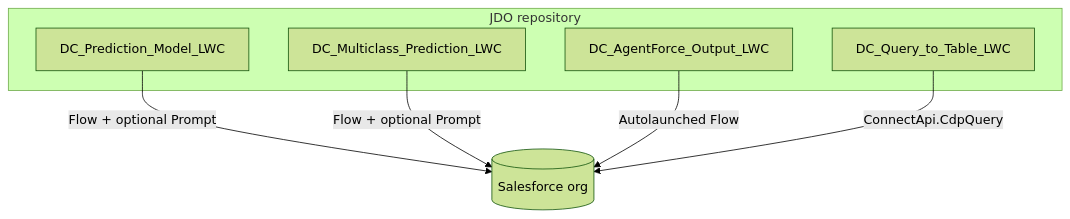
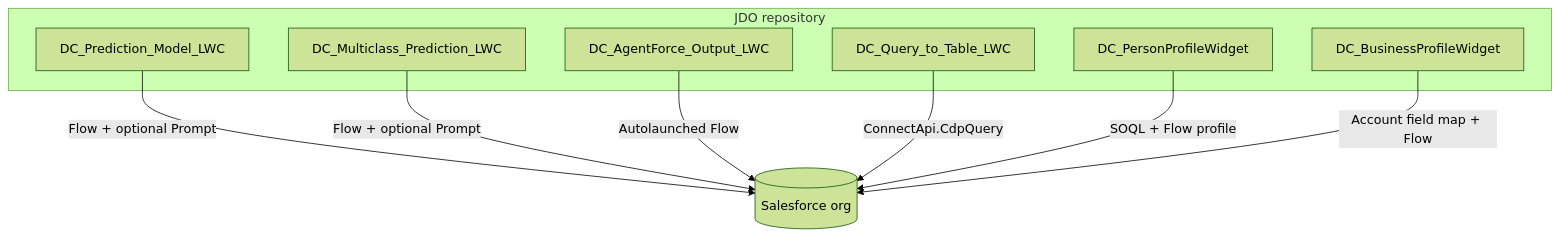
Before and after one commit to josers18/JDO: the diagram in docs/MONOREPO_OVERVIEW.md, drawn with Mermaid (forest theme). The commit also changed other lines of this file and 51 other files, not shown here.

First line of the commit message:
Docs: Customer profile flow/SOQL mapping; full Business profile docs; monorepo index

````diff
--- a/docs/MONOREPO_OVERVIEW.md
+++ b/docs/MONOREPO_OVERVIEW.md
@@ -7,13 +7,17 @@
 ```mermaid
 flowchart TB
     subgraph repo [JDO repository]
         P[DC_Prediction_Model_LWC]
         M[DC_Multiclass_Prediction_LWC]
         A[DC_AgentForce_Output_LWC]
         Q[DC_Query_to_Table_LWC]
+        C[DC_PersonProfileWidget]
+        B[DC_BusinessProfileWidget]
     end
     P --> |Flow + optional Prompt| SF[(Salesforce org)]
     M --> |Flow + optional Prompt| SF
     A --> |Autolaunched Flow| SF
     Q --> |ConnectApi.CdpQuery| SF
+    C --> |SOQL + Flow profile| SF
+    B --> |Account field map + Flow| SF
 ```
````
